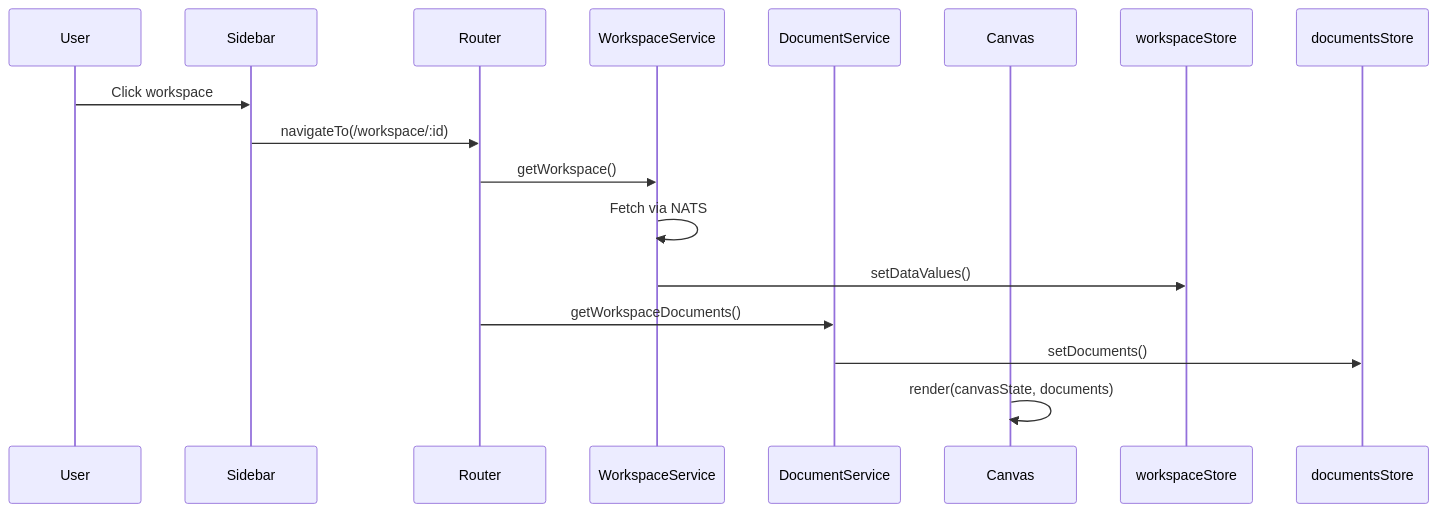
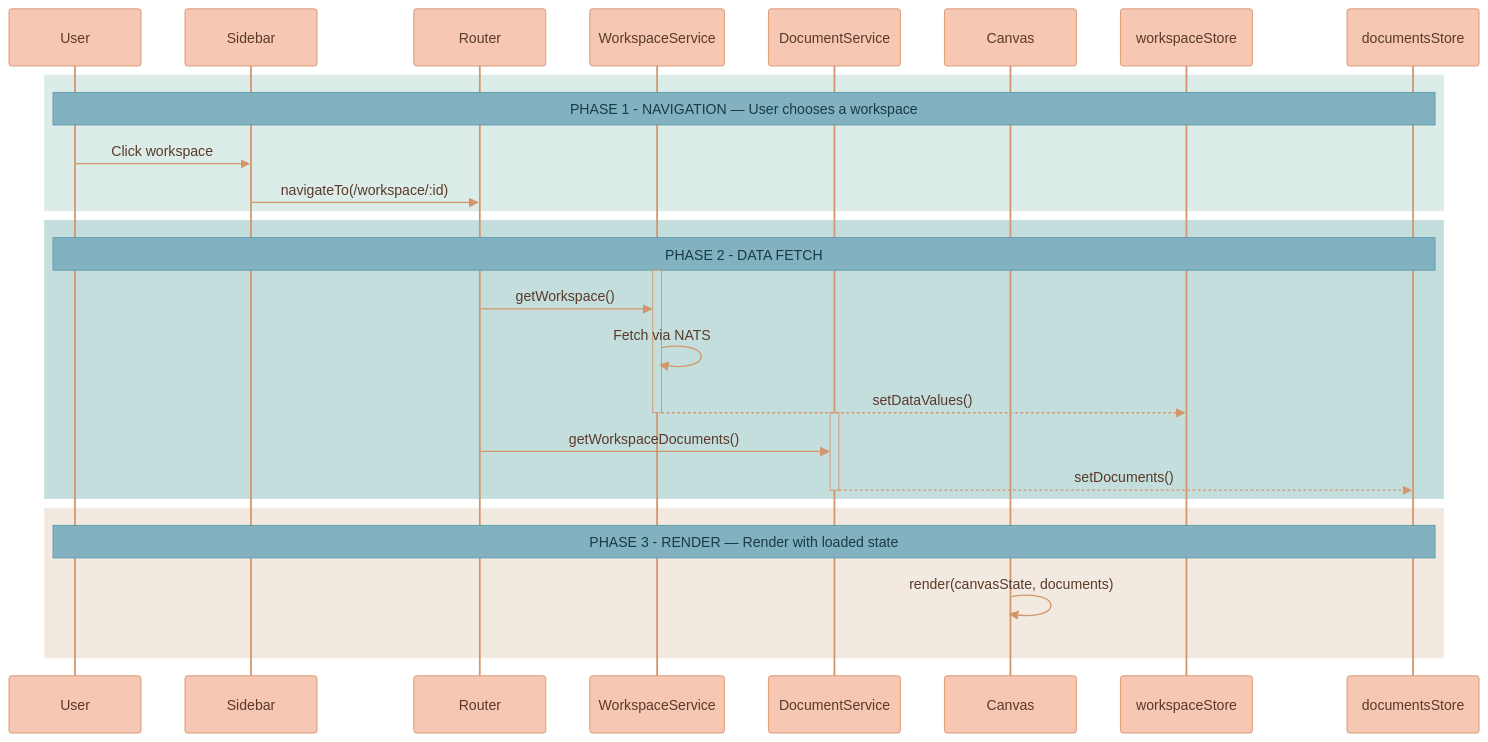
Before and after one commit to Lixpi/lixpi: the second of 17 diagrams in documentation/features/WORKSPACE-FEATURE.md, drawn with Mermaid. The commit also changed other lines of this file and 27 other files, not shown here.

````diff
--- a/documentation/features/WORKSPACE-FEATURE.md
+++ b/documentation/features/WORKSPACE-FEATURE.md
@@ -169,18 +170,42 @@
 ```mermaid
+%%{init: {'theme': 'base', 'themeVariables': { 'noteBkgColor': '#82B2C0', 'noteTextColor': '#1a3a47', 'noteBorderColor': '#5a9aad', 'actorBkg': '#F6C7B3', 'actorBorder': '#d4956a', 'actorTextColor': '#5a3a2a', 'actorLineColor': '#d4956a', 'signalColor': '#d4956a', 'signalTextColor': '#5a3a2a', 'labelBoxBkgColor': '#F6C7B3', 'labelBoxBorderColor': '#d4956a', 'labelTextColor': '#5a3a2a', 'loopTextColor': '#5a3a2a', 'activationBorderColor': '#d4956a', 'activationBkgColor': '#C3DEDD', 'sequenceNumberColor': '#5a3a2a'}}}%%
 sequenceDiagram
     participant User
     participant Sidebar
     participant Router
     participant WSvc as WorkspaceService
     participant DSvc as DocumentService
     participant Canvas
-
-    User->>Sidebar: Click workspace
-    Sidebar->>Router: navigateTo(/workspace/:id)
-    Router->>WSvc: getWorkspace()
-    WSvc->>WSvc: Fetch via NATS
-    WSvc->>workspaceStore: setDataValues()
-    Router->>DSvc: getWorkspaceDocuments()
-    DSvc->>documentsStore: setDocuments()
-    Canvas->>Canvas: render(canvasState, documents)
+    participant workspaceStore
+    participant documentsStore
+    %% ═══════════════════════════════════════════════════════════════
+    %% PHASE 1: NAVIGATION
+    %% ═══════════════════════════════════════════════════════════════
+    rect rgb(220, 236, 233)
+        Note over User, documentsStore: PHASE 1 - NAVIGATION — User chooses a workspace
+        User->>Sidebar: Click workspace
+        Sidebar->>Router: navigateTo(/workspace/:id)
+    end
+    %% ═══════════════════════════════════════════════════════════════
+    %% PHASE 2: DATA FETCH
+    %% ═══════════════════════════════════════════════════════════════
+    rect rgb(195, 222, 221)
+        Note over User, documentsStore: PHASE 2 - DATA FETCH
+        activate WSvc
+        Router->>WSvc: getWorkspace()
+        WSvc->>WSvc: Fetch via NATS
+        WSvc-->>workspaceStore: setDataValues()
+        deactivate WSvc
+        activate DSvc
+        Router->>DSvc: getWorkspaceDocuments()
+        DSvc-->>documentsStore: setDocuments()
+        deactivate DSvc
+    end
+    %% ═══════════════════════════════════════════════════════════════
+    %% PHASE 3: RENDER
+    %% ═══════════════════════════════════════════════════════════════
+    rect rgb(242, 234, 224)
+        Note over User, documentsStore: PHASE 3 - RENDER — Render with loaded state
+        Canvas->>Canvas: render(canvasState, documents)
+    end
 ```
````
